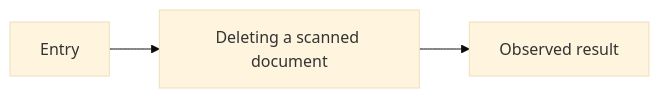
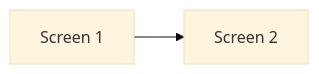
One commit to Dev-Corgi/Notes-Clone changed the diagram in docs/apple-notes/flows/deleting-a-scanned-document/README.md. Above: the diagram before and after it, drawn with Mermaid (base theme). The commit also changed other lines of this file and 100 other files, not shown here.

Commit message:
docs: verify Notes and scanning flows

````diff
--- a/docs/apple-notes/flows/deleting-a-scanned-document/README.md
+++ b/docs/apple-notes/flows/deleting-a-scanned-document/README.md
@@ -9,5 +10,6 @@
 ```mermaid
 flowchart LR
-  A[Entry] --> B[Deleting a scanned document]
-  B --> C[Observed result]
+  S1[Screen 1]
+  S2[Screen 2]
+  S1 --> S2
 ```
````
